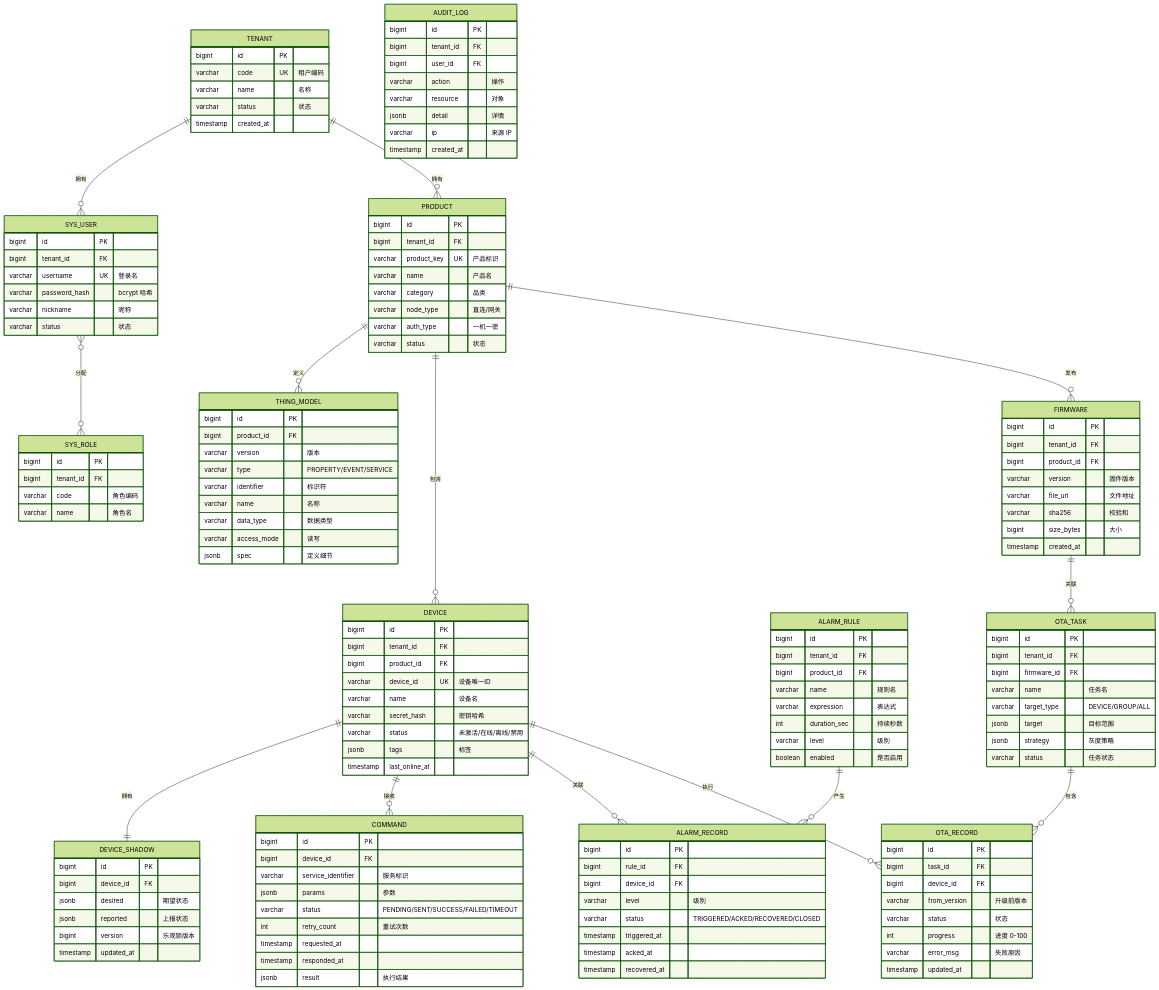
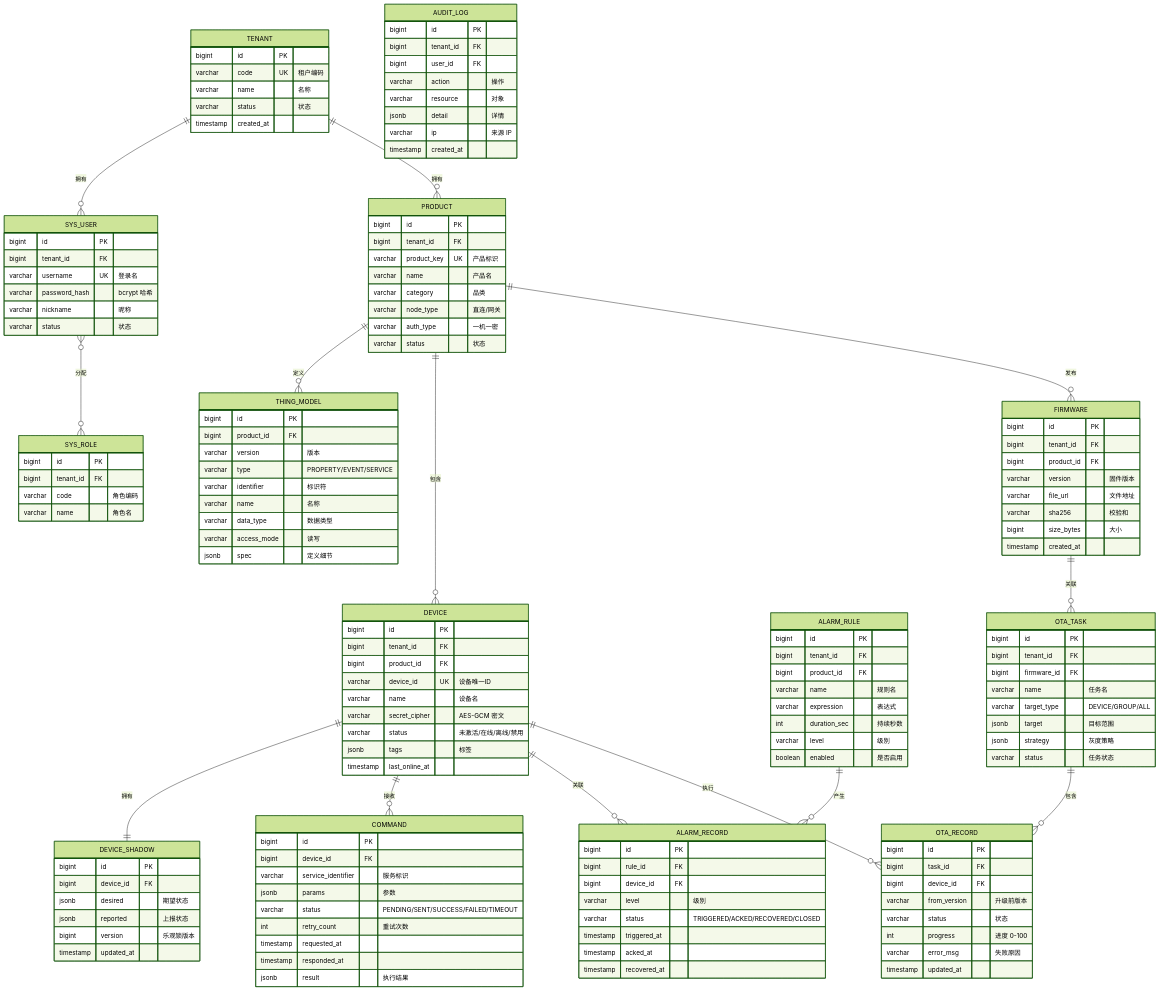
Diagram 13 of 15 in docs/design.md (wuzhudexiaopacai/coherer), drawn with Mermaid (forest theme) before and after one commit. The commit also changed other lines of this file and 25 other files, not shown here.

```diff
--- a/docs/design.md
+++ b/docs/design.md
@@ -428,7 +428,7 @@
         bigint product_id FK
         varchar device_id UK "设备唯一ID"
         varchar name "设备名"
-        varchar secret_hash "密钥哈希"
+        varchar secret_cipher "AES-GCM 密文"
         varchar status "未激活/在线/离线/禁用"
         jsonb tags "标签"
         timestamp last_online_at
```
